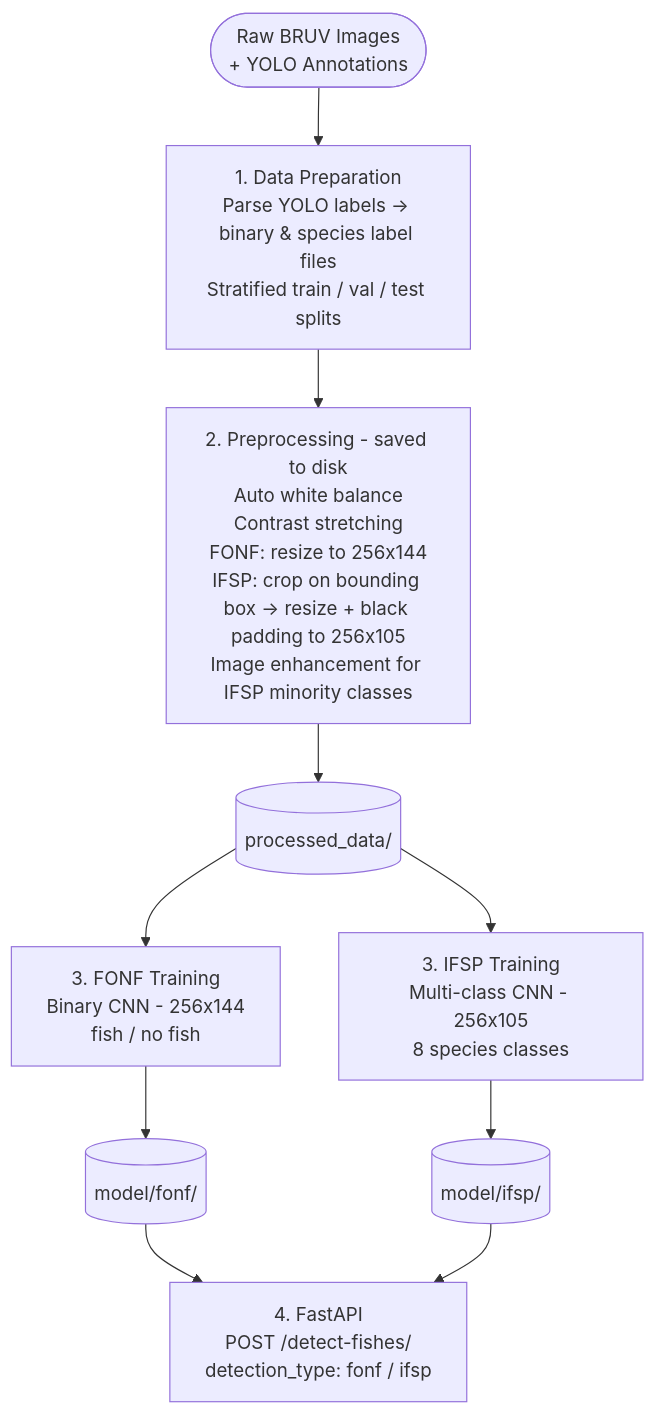
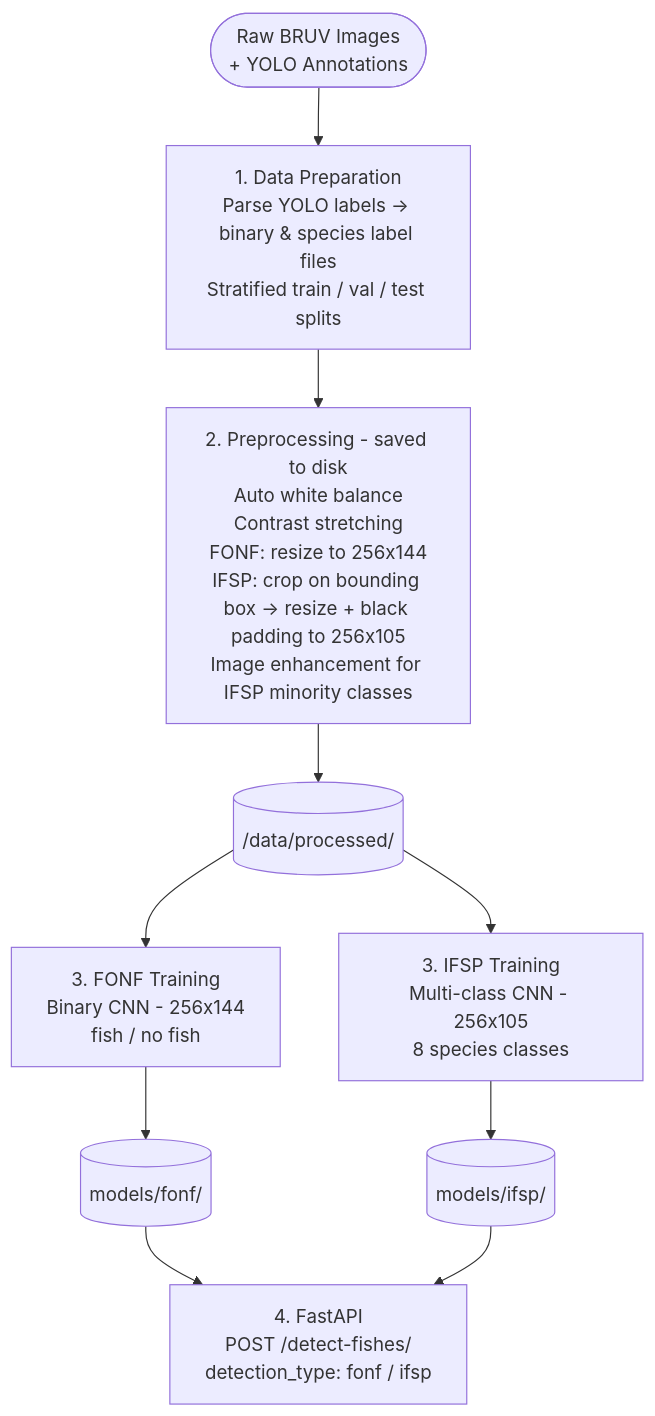
One commit to AurelienChagnon/baitwatch changed the diagram in README.md. Above: the diagram before and after it, drawn with Mermaid. The commit also changed other lines of this file, not shown here.

````diff
--- a/README.md
+++ b/README.md
@@ -151,19 +154,19 @@
 ```mermaid
 flowchart TD
     A([ Raw BRUV Images\n+ YOLO Annotations])
 
     A --> B[1. Data Preparation\nParse YOLO labels -> binary & species label files\nStratified train / val / test splits]
 
     B --> C[2. Preprocessing - saved to disk\nAuto white balance\nContrast stretching\nFONF: resize to 256x144\nIFSP: crop on bounding box -> resize + black padding to 256x105\nImage enhancement for IFSP minority classes]
 
-    C --> D[(processed_data/)]
+    C --> D[(/data/processed/)]
 
     D --> E[3. FONF Training\nBinary CNN - 256x144\nfish / no fish]
     D --> F[3. IFSP Training\nMulti-class CNN - 256x105\n8 species classes]
 
-    E --> G[(model/fonf/)]
-    F --> H[(model/ifsp/)]
+    E --> G[(models/fonf/)]
+    F --> H[(models/ifsp/)]
 
     G --> I[4. FastAPI\nPOST /detect-fishes/\ndetection_type: fonf / ifsp]
     H --> I
 ```
````
